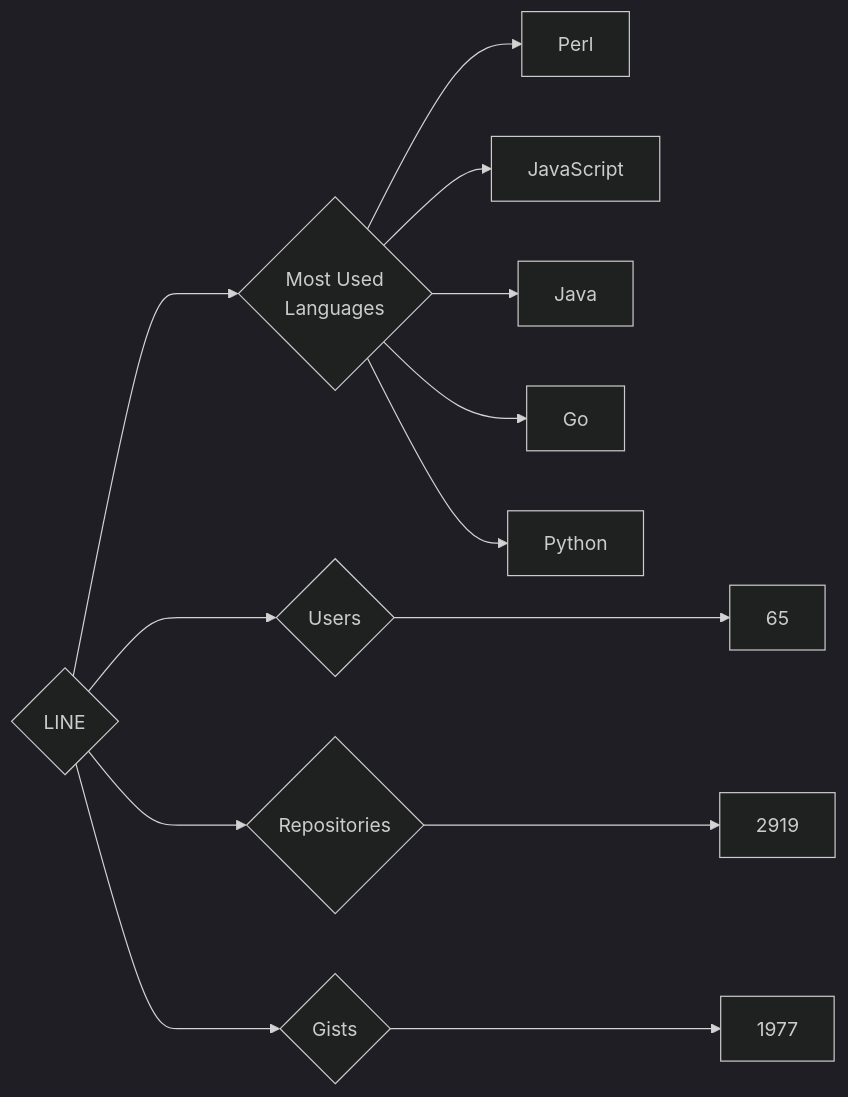
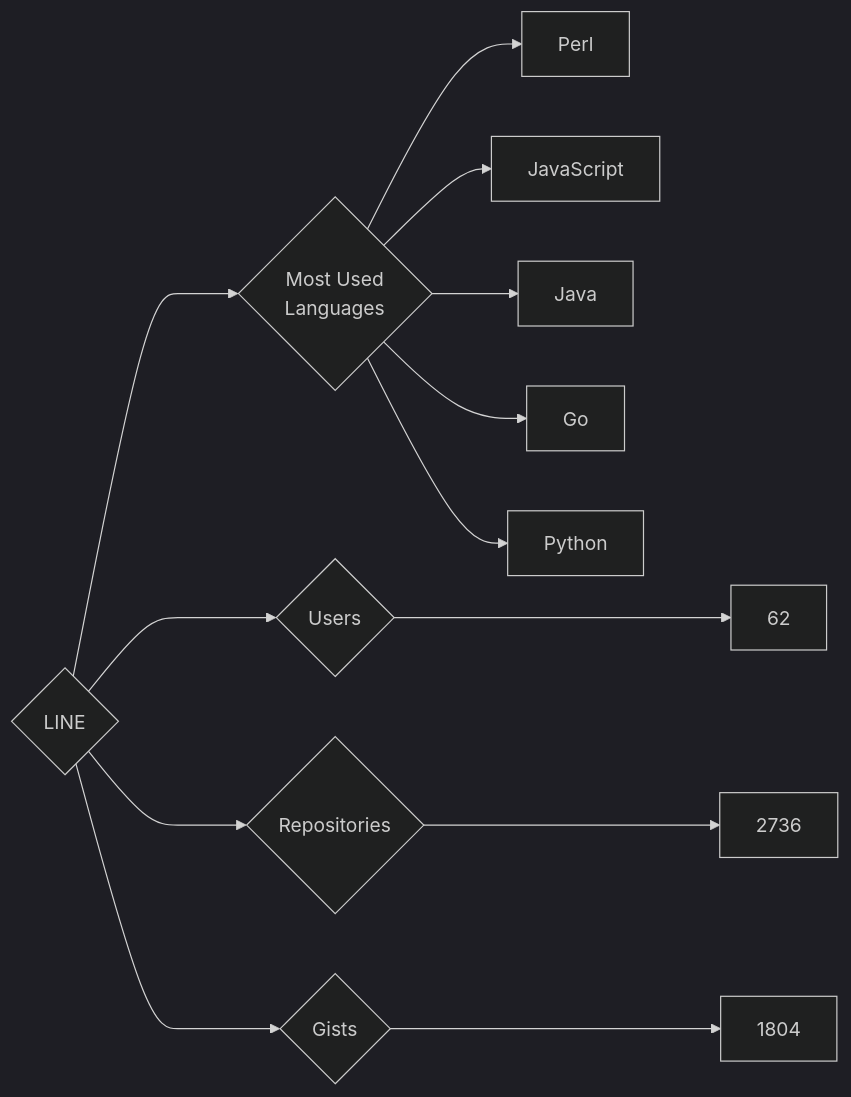
Before and after one commit to trickest/insiders: the diagram in targets/LINE/README.md, drawn with Mermaid (dark theme). The commit also changed 1696 other files, not shown here.

````diff
--- a/targets/LINE/README.md
+++ b/targets/LINE/README.md
@@ -3,13 +3,13 @@
 ```mermaid
 graph LR
 COMPANY_NAME{LINE}
-COMPANY_NAME ---> U{Users} ---> UN[65]
-COMPANY_NAME ---> R{Repositories} ---> RN[2919]
-COMPANY_NAME ---> G{Gists} ---> GN[1977]
+COMPANY_NAME ---> U{Users} ---> UN[62]
+COMPANY_NAME ---> R{Repositories} ---> RN[2736]
+COMPANY_NAME ---> G{Gists} ---> GN[1804]
 COMPANY_NAME ---> ML{Most Used<br>Languages}
 ML --> Perl[Perl]
 ML --> JavaScript[JavaScript]
 ML --> Java[Java]
 ML --> Go[Go]
 ML --> Python[Python]
 ```
````
